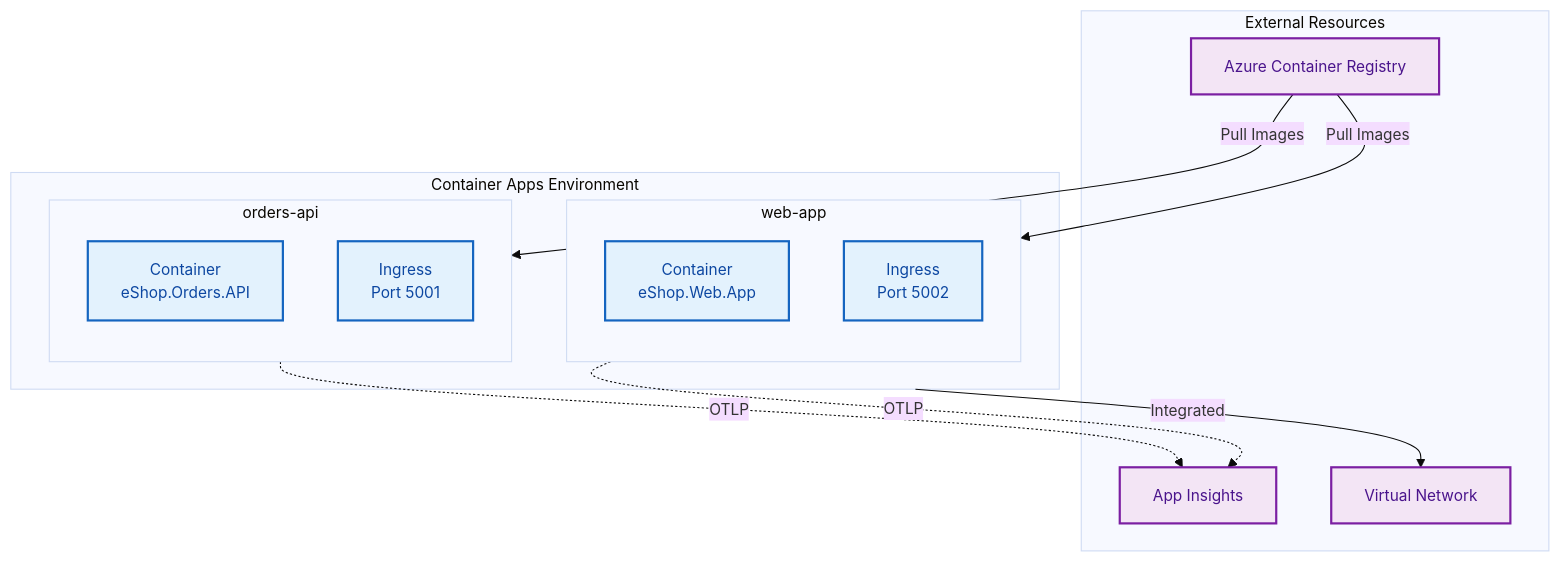
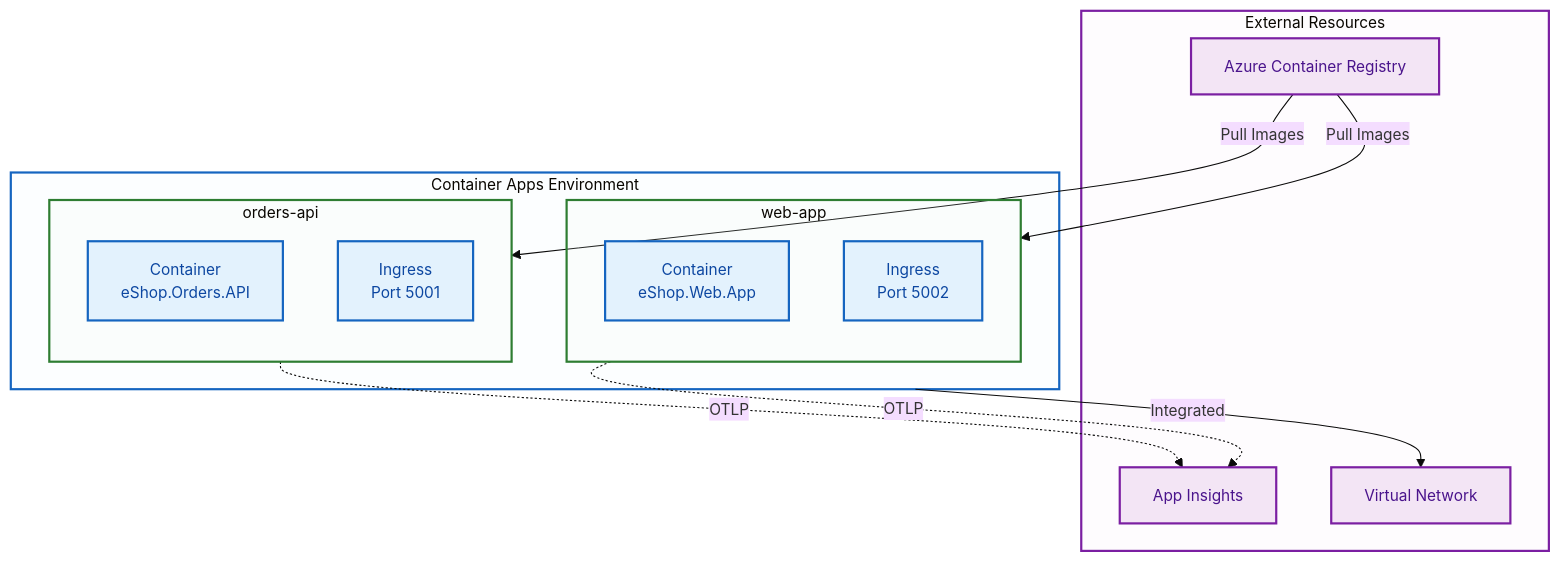
Before and after one commit to Evilazaro/Azure-LogicApps-Monitoring: the third of 4 diagrams in docs/architecture/04-technology-architecture.md, drawn with Mermaid. The commit also changed other lines of this file and 1 other file, not shown here.

Commit message:
Enhance technology architecture diagrams with improved subgraph container styling for better visual layer grouping

````diff
--- a/docs/architecture/04-technology-architecture.md
+++ b/docs/architecture/04-technology-architecture.md
@@ -345,36 +359,42 @@
 ```mermaid
 %%{init: {'theme': 'base', 'themeVariables': { 'fontSize': '14px'}}}%%
 flowchart TB
     subgraph CAE["Container Apps Environment"]
         subgraph API["orders-api"]
             direction TB
             API_Container["Container<br/>eShop.Orders.API"]
             API_Ingress["Ingress<br/>Port 5001"]
         end
         
         subgraph Web["web-app"]
             direction TB
             Web_Container["Container<br/>eShop.Web.App"]
             Web_Ingress["Ingress<br/>Port 5002"]
         end
     end
 
     subgraph External["External Resources"]
         ACR["Azure Container Registry"]
         AI["App Insights"]
         VNet["Virtual Network"]
     end
 
     ACR -->|"Pull Images"| API_Container
     ACR -->|"Pull Images"| Web_Container
     API_Container -.->|"OTLP"| AI
     Web_Container -.->|"OTLP"| AI
     CAE -->|"Integrated"| VNet
 
     %% Accessible color palette
     classDef container fill:#e3f2fd,stroke:#1565c0,stroke-width:2px,color:#0d47a1
     classDef external fill:#f3e5f5,stroke:#7b1fa2,stroke-width:2px,color:#4a148c
 
     class API_Container,API_Ingress,Web_Container,Web_Ingress container
     class ACR,AI,VNet external
+
+    %% Subgraph container styling for visual layer grouping
+    style CAE fill:#e3f2fd22,stroke:#1565c0,stroke-width:2px
+    style API fill:#e8f5e922,stroke:#2e7d32,stroke-width:2px
+    style Web fill:#e8f5e922,stroke:#2e7d32,stroke-width:2px
+    style External fill:#f3e5f522,stroke:#7b1fa2,stroke-width:2px
 ```
````
